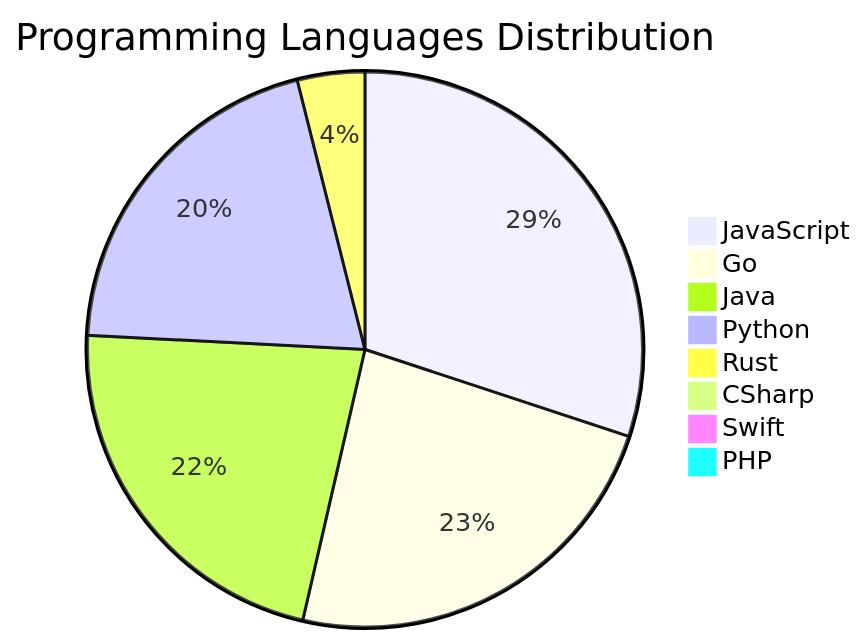
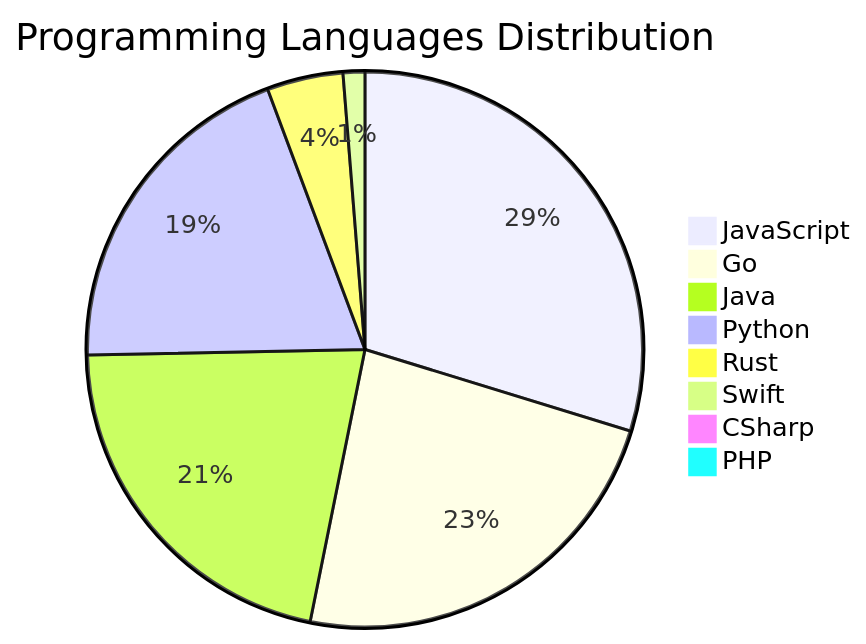
One commit to Derrick-MUGISHA/github-activity-bot changed the diagram in README.md. Above: the diagram before and after it, drawn with Mermaid. The commit also changed other lines of this file and 4 other files, not shown here.

````diff
--- a/README.md
+++ b/README.md
@@ -208,11 +208,11 @@
 ```mermaid
 pie title Programming Languages Distribution
-    "JavaScript" : 46
-    "Go" : 36
+    "JavaScript" : 47
+    "Go" : 37
     "Java" : 34
     "Python" : 31
-    "Rust" : 6
+    "Rust" : 7
+    "Swift" : 2
     "CSharp" : 1
-    "Swift" : 1
     "PHP" : 1
 ```
````
